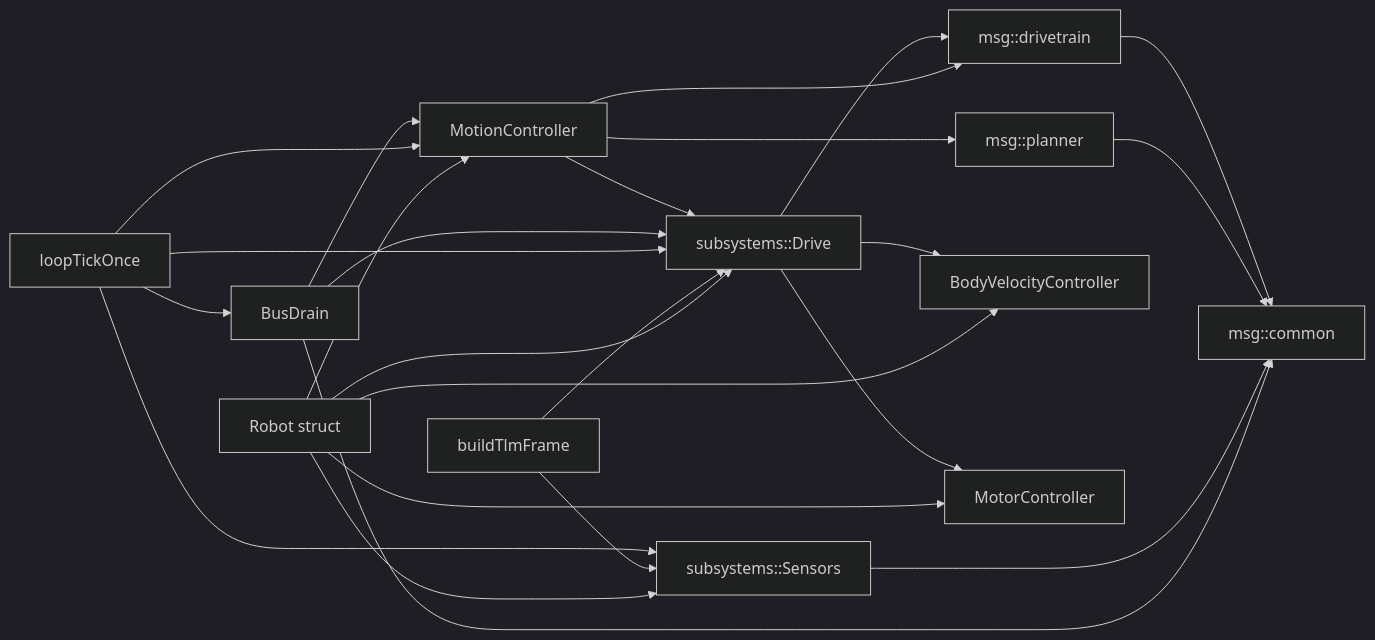
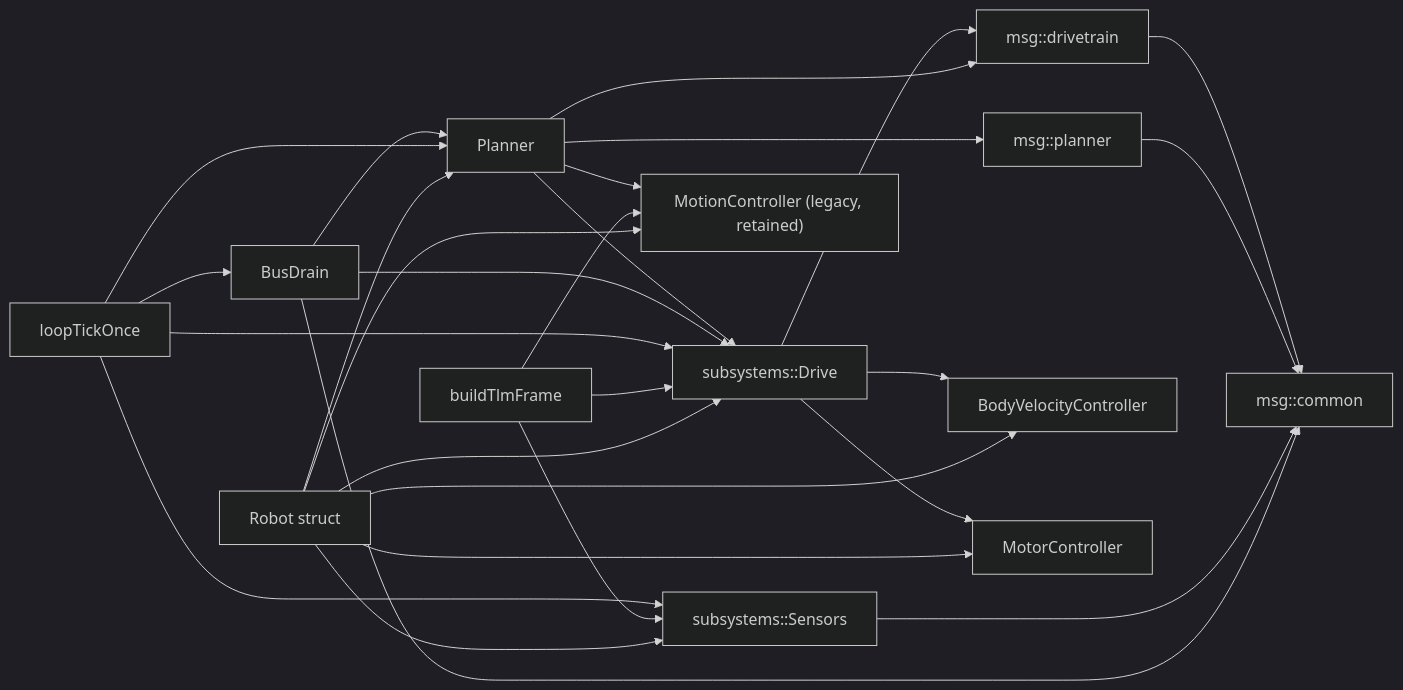
One commit to League-Robotics/radio-robot changed the second of 2 diagrams in clasi/sprints/060-ordered-tick-cutover-close-parity-gaps-make-default-delete-legacy-control-path/architecture-update.md. Above: the diagram before and after it, drawn with Mermaid (dark theme). The commit also changed other lines of this file and 3 other files, not shown here.

First line of the commit message:
chore(060): reconcile architecture doc to end-state; follow-up issue; version/uv.lock drift

````diff
--- a/clasi/sprints/060-ordered-tick-cutover-close-parity-gaps-make-default-delete-legacy-control-path/architecture-update.md
+++ b/clasi/sprints/060-ordered-tick-cutover-close-parity-gaps-make-default-delete-legacy-control-path/architecture-update.md
@@ -152,39 +166,43 @@
 ```mermaid
 graph LR
     MCOMMON["msg::common"]
     MDRV["msg::drivetrain"]
     MPLAN["msg::planner"]
     DRV["subsystems::Drive"]
     SENSORS["subsystems::Sensors"]
-    MC["MotionController"]
+    PLANNER["Planner"]
+    LEGACY_MC["MotionController (legacy, retained)"]
     BVC["BodyVelocityController"]
     MCTRL["MotorController"]
     BUSDR["BusDrain"]
     LOOP["loopTickOnce"]
     TLM["buildTlmFrame"]
     ROBOT["Robot struct"]
 
     MDRV --> MCOMMON
     MPLAN --> MCOMMON
     DRV --> MDRV
     DRV --> BVC
     DRV --> MCTRL
     SENSORS --> MCOMMON
-    MC --> MPLAN
-    MC --> MDRV
-    MC --> DRV
+    PLANNER --> MPLAN
+    PLANNER --> MDRV
+    PLANNER --> DRV
+    PLANNER --> LEGACY_MC
     BUSDR --> MCOMMON
     BUSDR --> DRV
-    BUSDR --> MC
+    BUSDR --> PLANNER
     LOOP --> DRV
-    LOOP --> MC
+    LOOP --> PLANNER
     LOOP --> SENSORS
     LOOP --> BUSDR
     TLM --> DRV
     TLM --> SENSORS
+    TLM --> LEGACY_MC
     ROBOT --> DRV
     ROBOT --> SENSORS
-    ROBOT --> MC
+    ROBOT --> PLANNER
+    ROBOT --> LEGACY_MC
     ROBOT --> BVC
     ROBOT --> MCTRL
 ```
````
